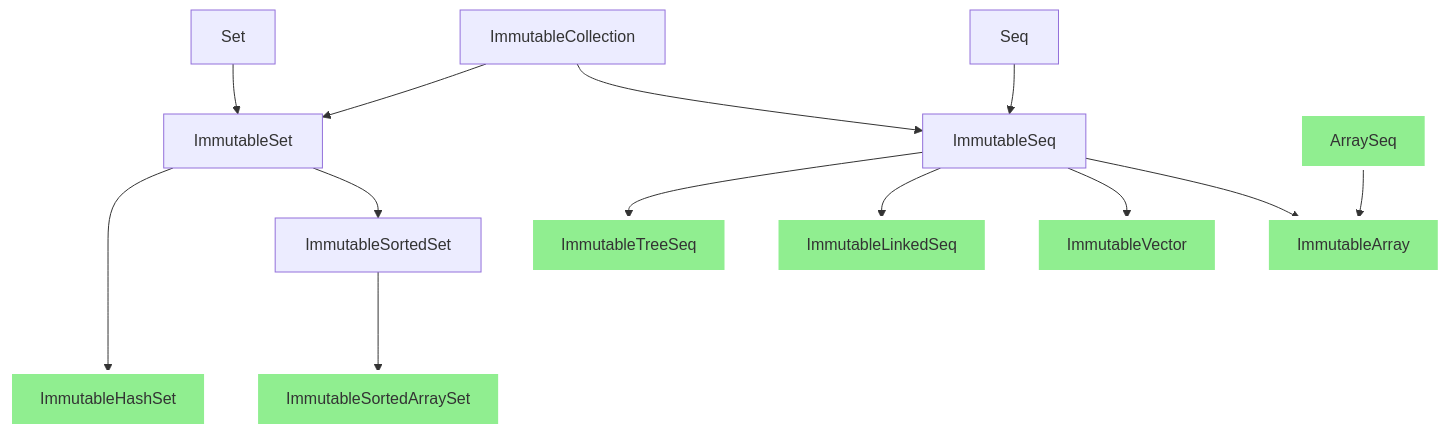
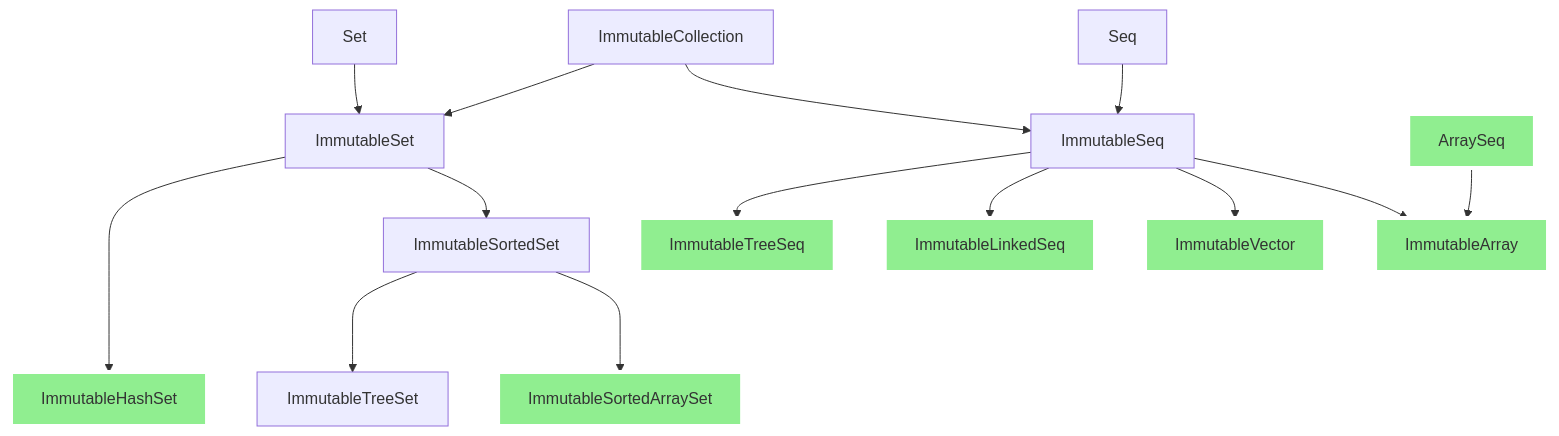
Before and after one commit to Glavo/kala-common: the second of 3 diagrams in docs/Tutorial.md, drawn with Mermaid.

Commit message:
Update Tutorial

````diff
--- a/docs/Tutorial.md
+++ b/docs/Tutorial.md
@@ -63,19 +63,20 @@
 ```mermaid
 graph TD;
     Seq --> ImmutableSeq;
     ImmutableCollection --> ImmutableSeq;
     Set --> ImmutableSet;
     ImmutableCollection --> ImmutableSet;
     ImmutableSet --> ImmutableSortedSet;
     
     ImmutableSeq --> ImmutableArray;
     ImmutableSeq --> ImmutableVector;
     ImmutableSeq --> ImmutableLinkedSeq;
     ImmutableSeq --> ImmutableTreeSeq;
     ImmutableSortedSet ---> ImmutableSortedArraySet;
+    ImmutableSortedSet ---> ImmutableTreeSet;
     ImmutableSet ----> ImmutableHashSet;
     ArraySeq --> ImmutableArray;
 
     classDef impl fill: #90EE90, stroke: #fff, stroke-width: 4px;
     class ArraySeq,ImmutableArray,ImmutableVector,ImmutableHashSet,ImmutableSortedArraySet,ImmutableLinkedSeq,ImmutableTreeSeq impl;
 ```
````
